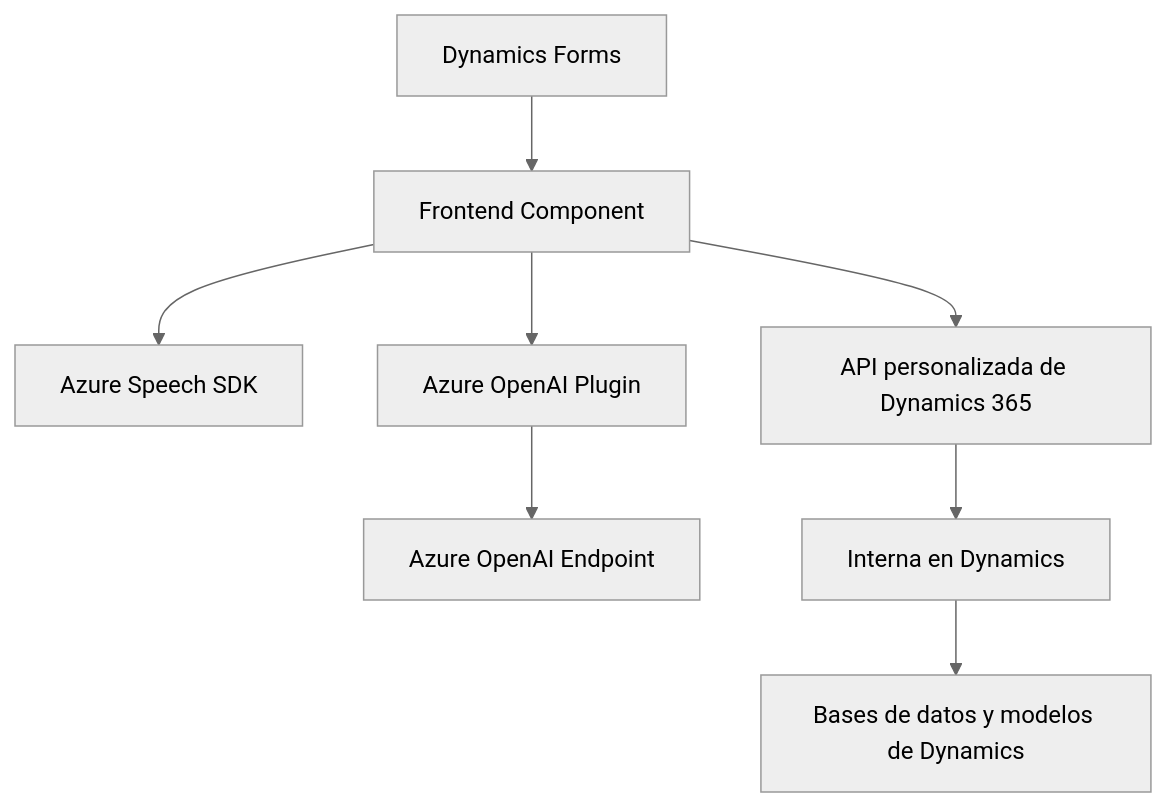
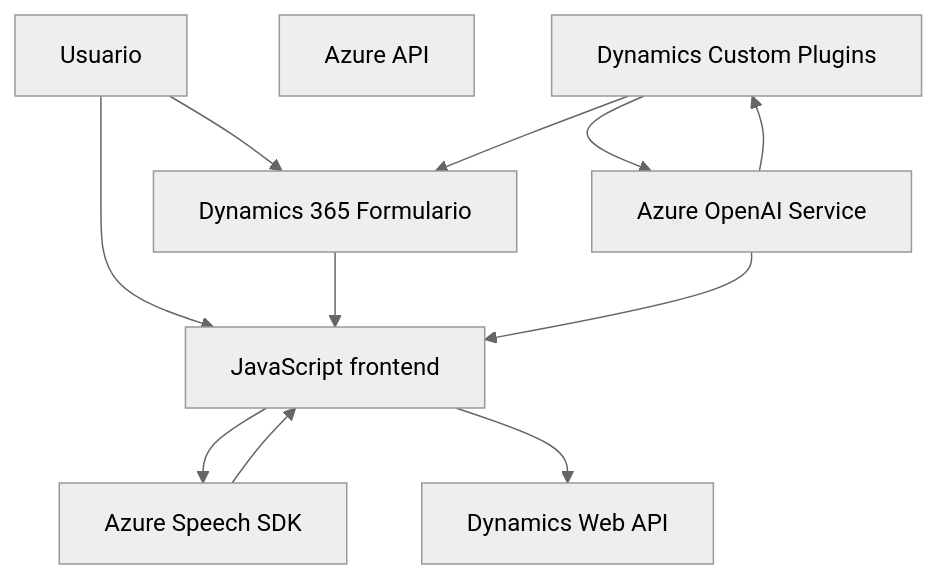
The diagram in README.md (blopezdm/NETCORE_BILBAO2025), drawn with Mermaid (neutral theme) before and after one commit. The commit also changed other lines of this file, not shown here.

````diff
--- a/README.md
+++ b/README.md
@@ -43,10 +58,22 @@
 ```mermaid
 graph TD
-    A["Dynamics Forms"] --> B["Frontend Component"]
-    B["Frontend Component"] --> C["Azure Speech SDK"]
-    B["Frontend Component"] --> D["API personalizada de Dynamics 365"]
-    B["Frontend Component"] --> E["Azure OpenAI Plugin"]
-    E["Azure OpenAI Plugin"] --> F["Azure OpenAI Endpoint"]
-    D["API personalizada de Dynamics 365"] --> G["Interna en Dynamics"]
-    G["Interna en Dynamics"] --> H["Bases de datos y modelos de Dynamics"]
+  A["Usuario"]
+  B["Dynamics 365 Formulario"]
+  C["JavaScript frontend"]
+  D["Azure Speech SDK"]
+  E["Azure API"]
+  F["Dynamics Custom Plugins"]
+  G["Azure OpenAI Service"]
+  H["Dynamics Web API"]
+
+  A --> B
+  A --> C
+  B --> C
+  C --> D
+  C --> H
+  D --> C
+  F --> G
+  F --> B
+  G --> F
+  G --> C  
 ```
````
